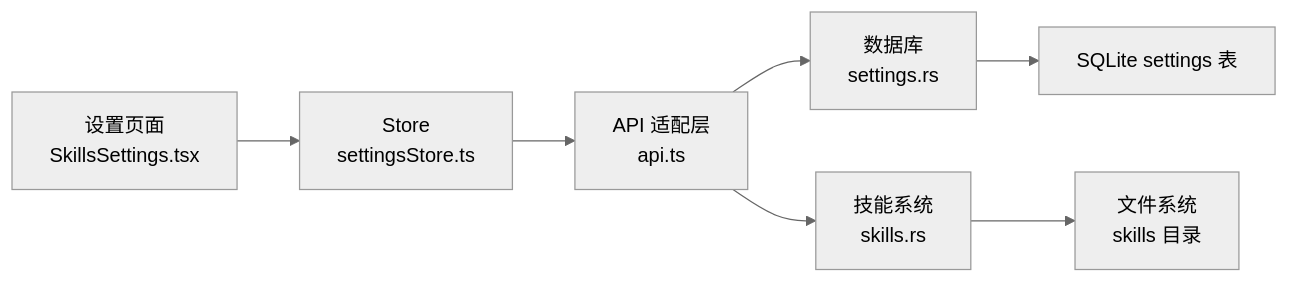
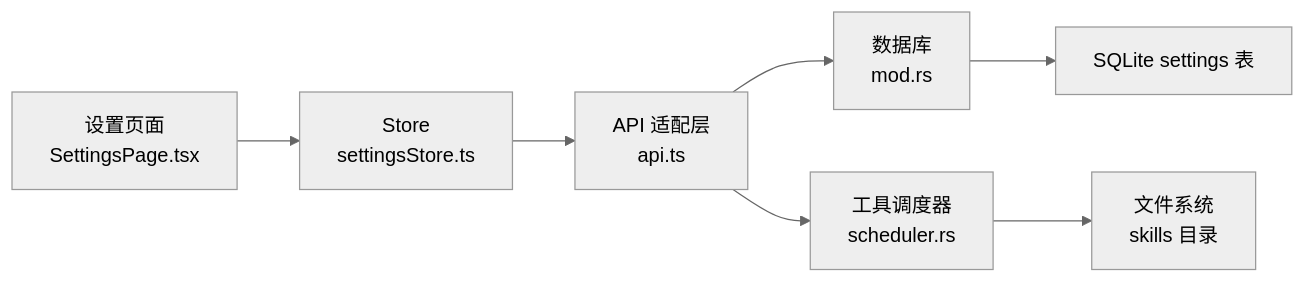
One commit to baike08/cosurf changed the sixth of 6 diagrams in .qoder/repowiki/zh/content/设置和配置/工具设置.md. Above: the diagram before and after it, drawn with Mermaid (neutral theme). The commit also changed other lines of this file and 15 other files, not shown here.

````diff
--- a/.qoder/repowiki/zh/content/设置和配置/工具设置.md
+++ b/.qoder/repowiki/zh/content/设置和配置/工具设置.md
@@ -346,9 +285,9 @@
 ```mermaid
 graph LR
-UI["设置页面<br/>SkillsSettings.tsx"] --> Store["Store<br/>settingsStore.ts"]
+UI["设置页面<br/>SettingsPage.tsx"] --> Store["Store<br/>settingsStore.ts"]
 Store --> API["API 适配层<br/>api.ts"]
-API --> DB["数据库<br/>settings.rs"]
-API --> SK["技能系统<br/>skills.rs"]
-SK --> FS["文件系统<br/>skills 目录"]
+API --> DB["数据库<br/>mod.rs"]
+API --> SC["工具调度器<br/>scheduler.rs"]
+SC --> FS["文件系统<br/>skills 目录"]
 DB --> SQL["SQLite settings 表"]
 ```
````
